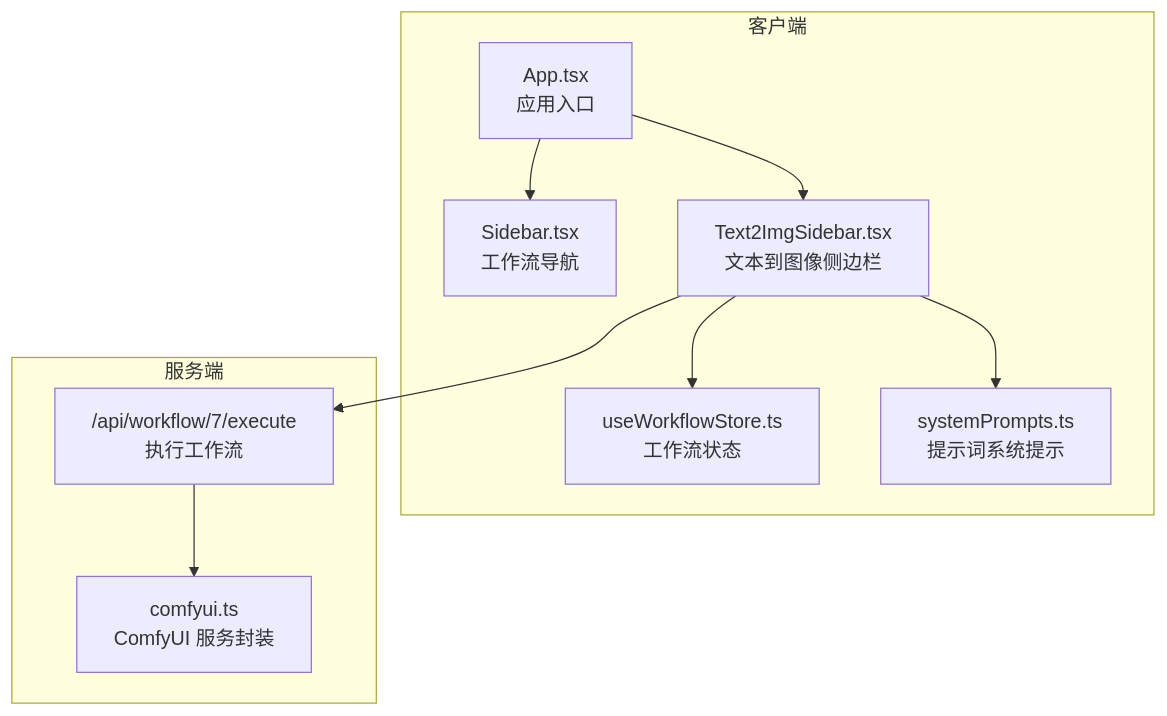
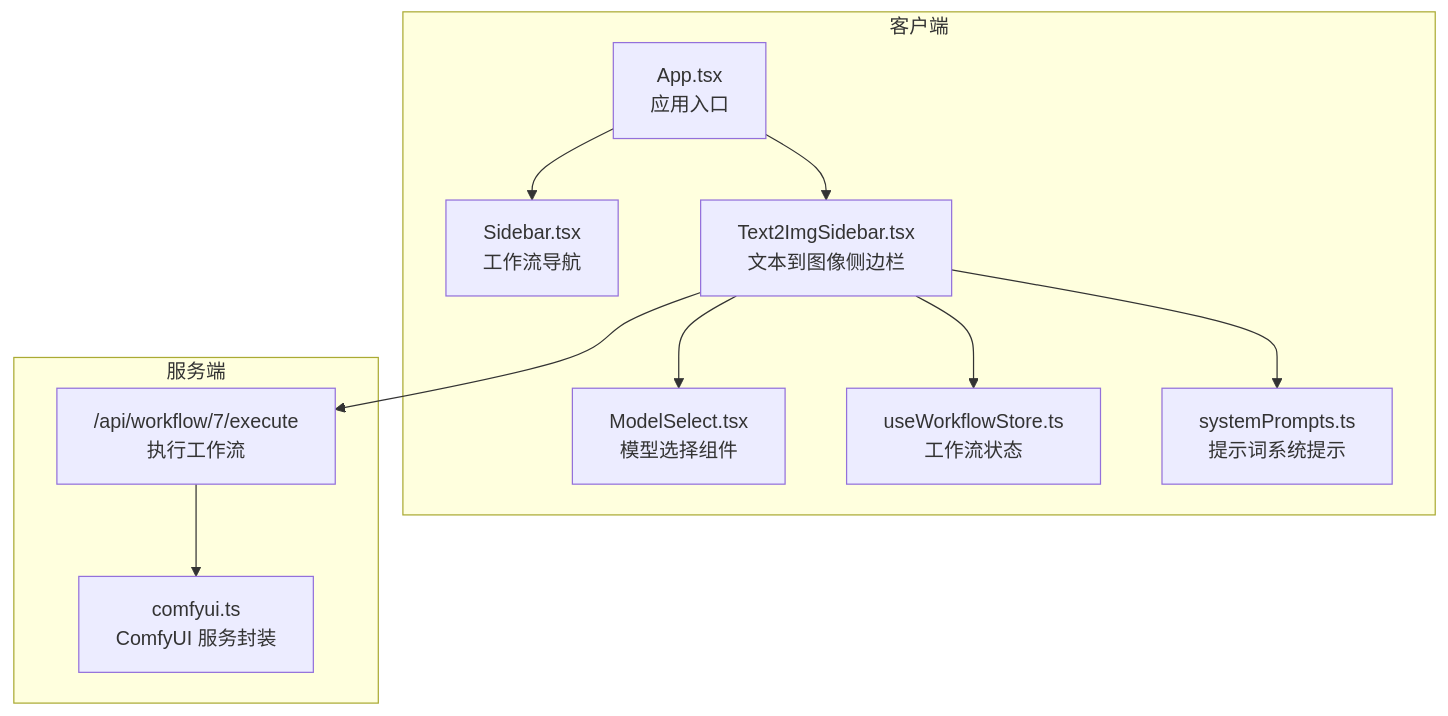
One commit to billye220670/CorineKit_Pix2Real changed the first of 4 diagrams in .qoder/repowiki/zh/content/用户界面组件/控制面板组件/文本到图像侧边栏.md. Above: the diagram before and after it, drawn with Mermaid. The commit also changed other lines of this file and 54 other files, not shown here.

First line of the commit message:
feat: 模型下拉菜单元数据管理（缩略图+重命名）及session mask恢复优化

````diff
--- a/.qoder/repowiki/zh/content/用户界面组件/控制面板组件/文本到图像侧边栏.md
+++ b/.qoder/repowiki/zh/content/用户界面组件/控制面板组件/文本到图像侧边栏.md
@@ -40,20 +50,22 @@
 ```mermaid
 graph TB
 subgraph "客户端"
 APP["App.tsx<br/>应用入口"]
 SIDEBAR["Sidebar.tsx<br/>工作流导航"]
 T2I["Text2ImgSidebar.tsx<br/>文本到图像侧边栏"]
+MODELSELECT["ModelSelect.tsx<br/>模型选择组件"]
 STORE["useWorkflowStore.ts<br/>工作流状态"]
 PROMPT["systemPrompts.ts<br/>提示词系统提示"]
 end
 subgraph "服务端"
 API["/api/workflow/7/execute<br/>执行工作流"]
 CUISVC["comfyui.ts<br/>ComfyUI 服务封装"]
 end
 APP --> SIDEBAR
 APP --> T2I
+T2I --> MODELSELECT
 T2I --> STORE
 T2I --> PROMPT
 T2I --> API
 API --> CUISVC
 ```
````
